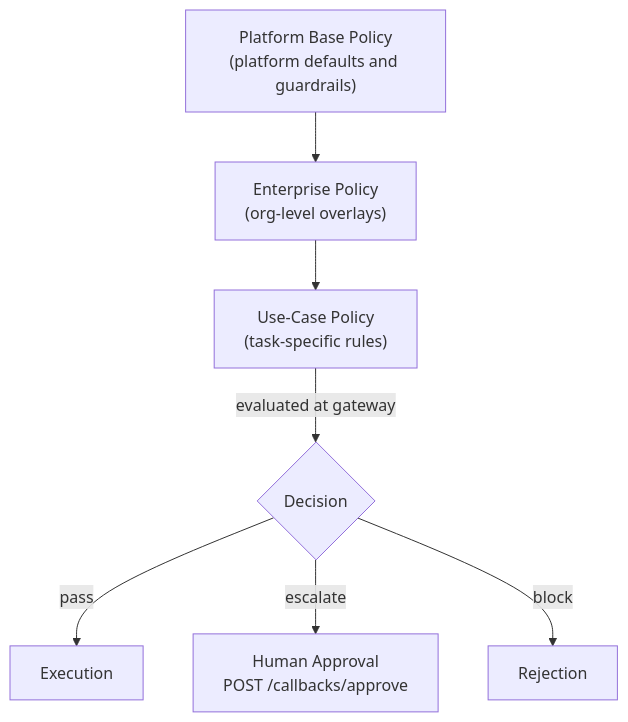
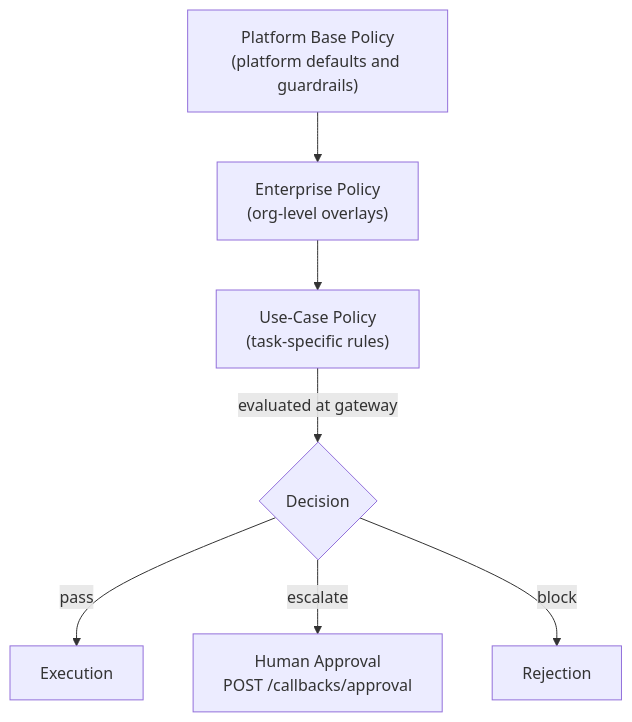
Before and after one commit to hariharasudhand/appdarta-framework: the sixth of 8 diagrams in docs/architecture.md, drawn with Mermaid. The commit also changed 8 other files, not shown here.

````diff
--- a/docs/architecture.md
+++ b/docs/architecture.md
@@ -349,13 +349,13 @@
 ```mermaid
 flowchart TB
     FB["Platform Base Policy\n(platform defaults and guardrails)"]
     EP["Enterprise Policy\n(org-level overlays)"]
     UC["Use-Case Policy\n(task-specific rules)"]
 
     FB --> EP --> UC
 
     UC -->|evaluated at gateway| Decision{Decision}
     Decision -->|pass| Execution
-    Decision -->|escalate| HumanApproval["Human Approval\nPOST /callbacks/approve"]
+    Decision -->|escalate| HumanApproval["Human Approval\nPOST /callbacks/approval"]
     Decision -->|block| Rejection
 ```
````
